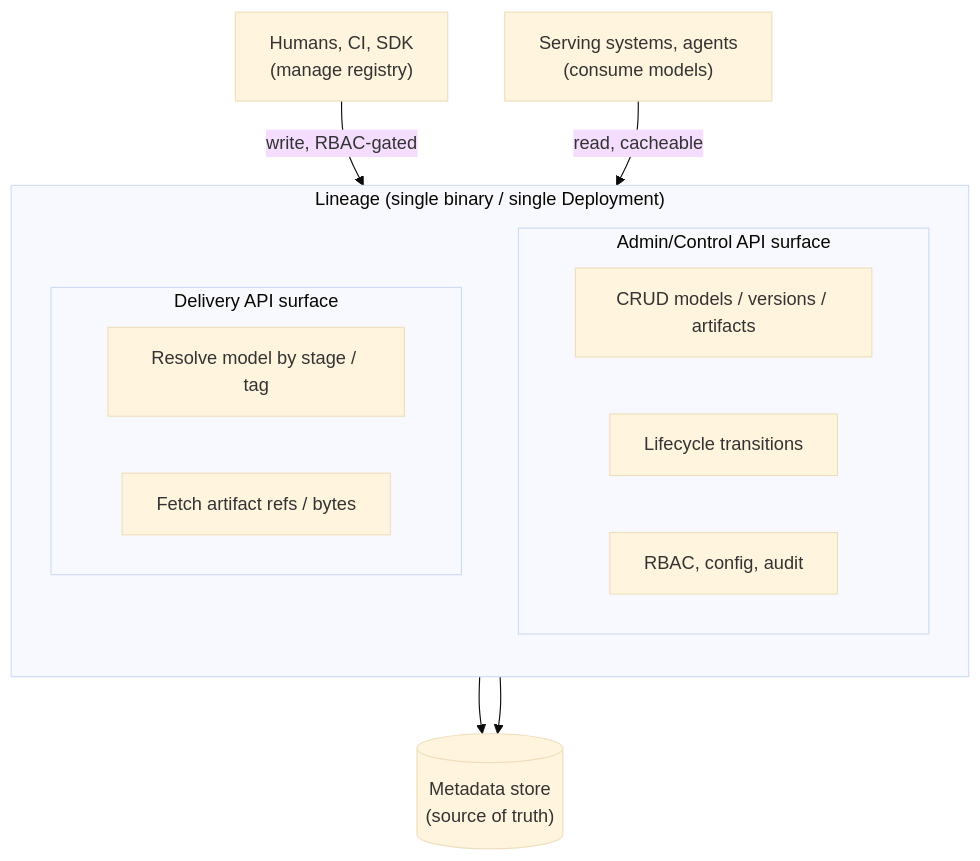
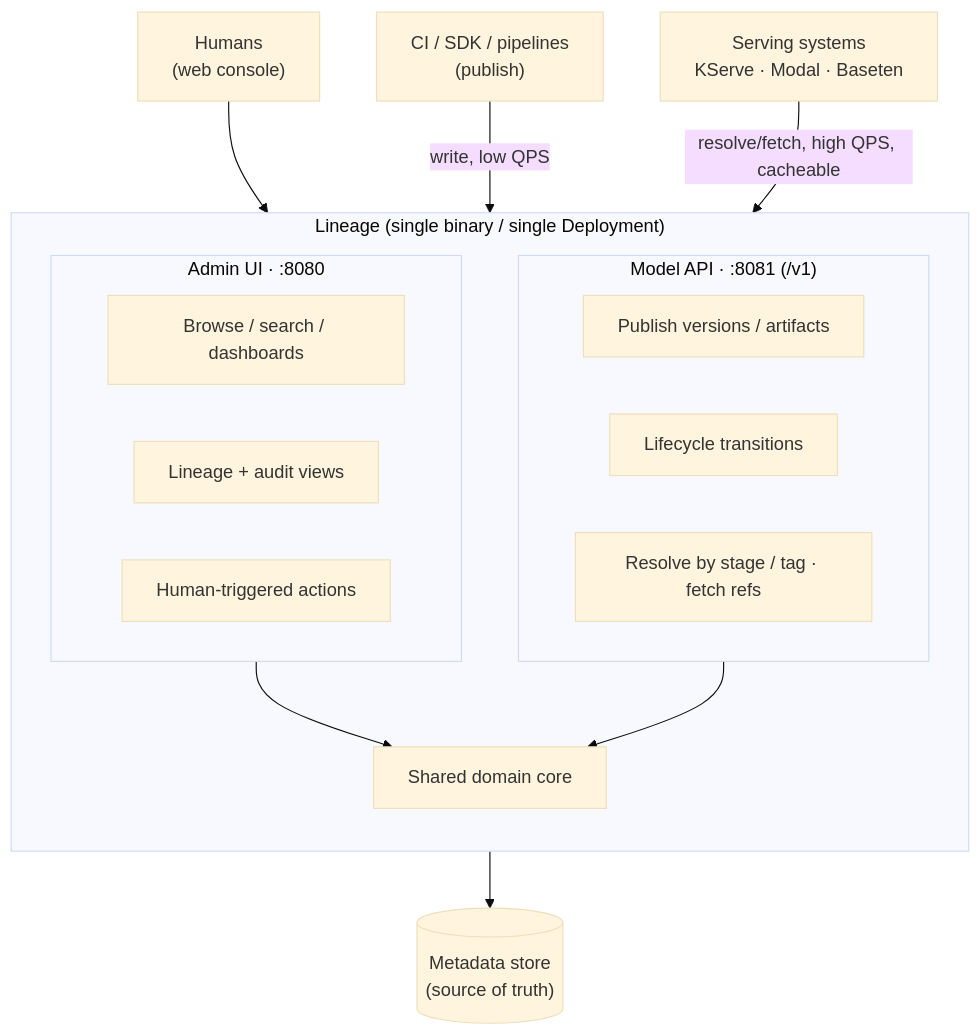
One commit to proseria-research/lineage changed the first of 2 diagrams in docs/00-preplanning.md. Above: the diagram before and after it, drawn with Mermaid (base theme). The commit also changed other lines of this file and 2 other files, not shown here.

First line of the commit message:
docs: add architecture overview; rework surfaces and auth model

````diff
--- a/docs/00-preplanning.md
+++ b/docs/00-preplanning.md
@@ -64,25 +68,30 @@
 ```mermaid
 flowchart TB
-    humans["Humans, CI, SDK<br/>(manage registry)"]
-    consumers["Serving systems, agents<br/>(consume models)"]
+    humans["Humans<br/>(web console)"]
+    publishers["CI / SDK / pipelines<br/>(publish)"]
+    consumers["Serving systems<br/>KServe · Modal · Baseten"]
 
     subgraph binary["Lineage (single binary / single Deployment)"]
         direction TB
-        subgraph admin["Admin/Control API surface"]
-            c1["CRUD models / versions / artifacts"]
-            c2["Lifecycle transitions"]
-            c3["RBAC, config, audit"]
+        subgraph admin["Admin UI  ·  :8080"]
+            a1["Browse / search / dashboards"]
+            a2["Lineage + audit views"]
+            a3["Human-triggered actions"]
         end
-        subgraph deliv["Delivery API surface"]
-            d1["Resolve model by stage / tag"]
-            d2["Fetch artifact refs / bytes"]
+        subgraph api["Model API  ·  :8081  (/v1)"]
+            m1["Publish versions / artifacts"]
+            m2["Lifecycle transitions"]
+            m3["Resolve by stage / tag · fetch refs"]
         end
+        core["Shared domain core"]
     end
 
     store[("Metadata store<br/>(source of truth)")]
 
-    humans -->|"write, RBAC-gated"| admin
-    consumers -->|"read, cacheable"| deliv
-    admin --> store
-    deliv --> store
+    humans --> admin
+    publishers -->|"write, low QPS"| api
+    consumers -->|"resolve/fetch, high QPS, cacheable"| api
+    admin --> core
+    api --> core
+    core --> store
 ```
````
